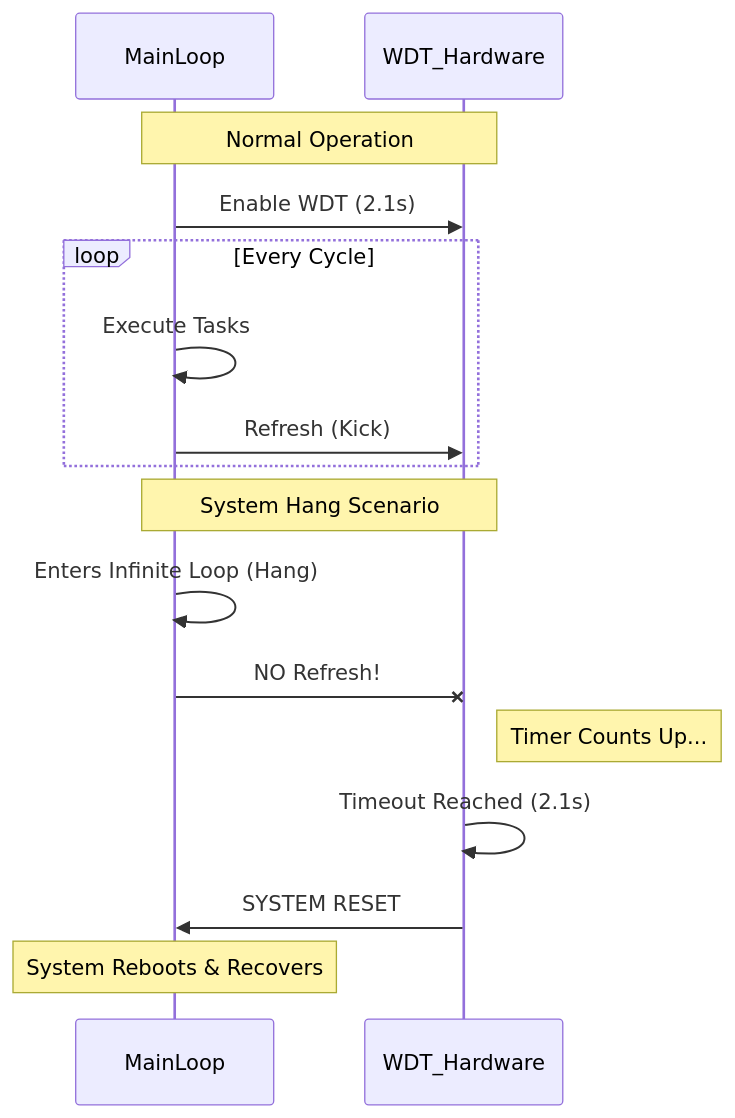
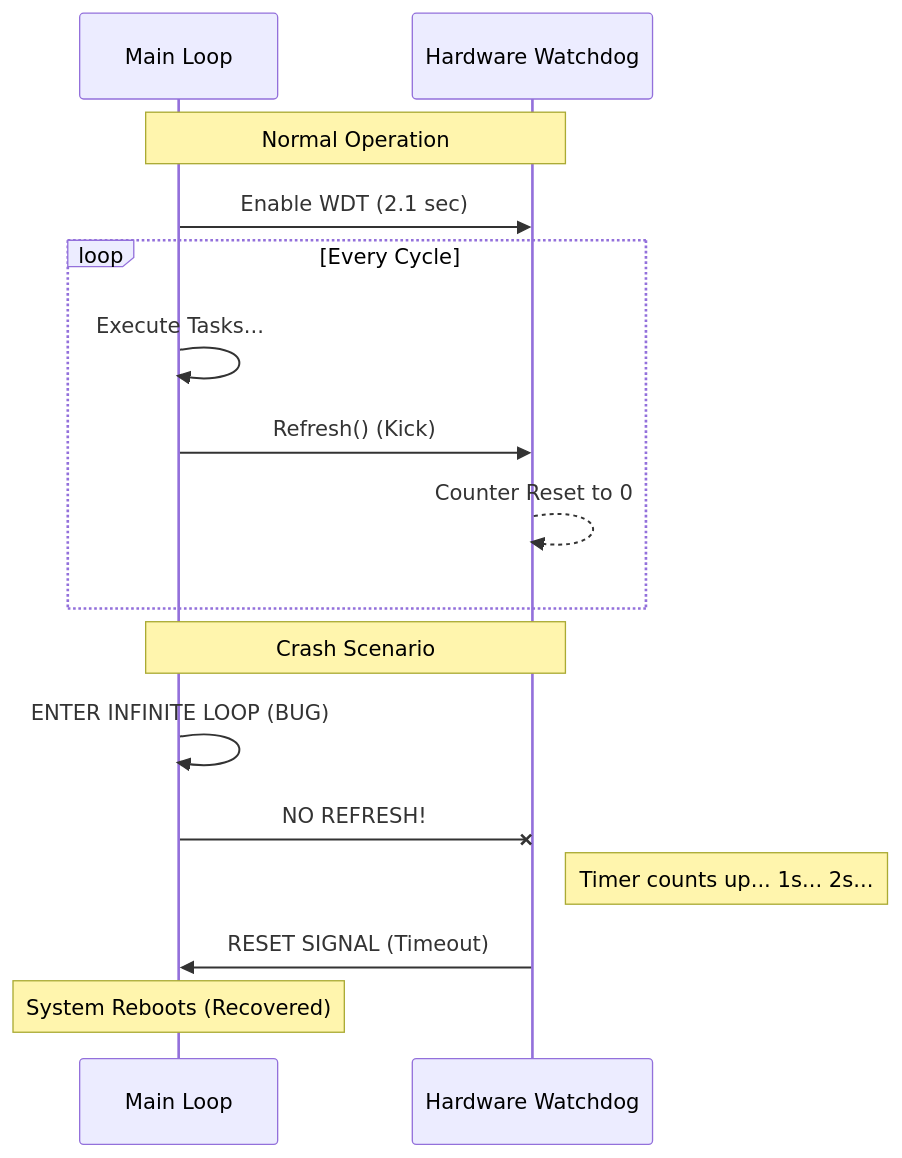
The diagram in Doc/Embedded/New/06_ImplementationDoc/Bugs/FixTasks/Task09_Implement_Watchdog_Timer.md (Gestell-Solution/Smart_Energy_Management_System), drawn with Mermaid before and after one commit. The commit also changed other lines of this file and 9 other files, not shown here.

Commit message:
Docs: Enhance FixTasks with detailed metadata, visual diagrams, and implementation plans

````diff
--- a/Doc/Embedded/New/06_ImplementationDoc/Bugs/FixTasks/Task09_Implement_Watchdog_Timer.md
+++ b/Doc/Embedded/New/06_ImplementationDoc/Bugs/FixTasks/Task09_Implement_Watchdog_Timer.md
@@ -46,20 +47,25 @@
 ```mermaid
 sequenceDiagram
-    participant MainLoop
-    participant WDT_Hardware
+    participant IDLE_LOOP as Main Loop
+    participant WDT as Hardware Watchdog
 
-    Note over MainLoop, WDT_Hardware: Normal Operation
-    MainLoop->>WDT_Hardware: Enable WDT (2.1s)
+    Note over IDLE_LOOP, WDT: Normal Operation
+
+    IDLE_LOOP->>WDT: Enable WDT (2.1 sec)
+
     loop Every Cycle
-        MainLoop->>MainLoop: Execute Tasks
-        MainLoop->>WDT_Hardware: Refresh (Kick)
+        IDLE_LOOP->>IDLE_LOOP: Execute Tasks...
+        IDLE_LOOP->>WDT: Refresh() (Kick)
+        WDT-->>WDT: Counter Reset to 0
     end
 
-    Note over MainLoop, WDT_Hardware: System Hang Scenario
-    MainLoop->>MainLoop: Enters Infinite Loop (Hang)
-    MainLoop-xWDT_Hardware: NO Refresh!
-    Note right of WDT_Hardware: Timer Counts Up...
-    WDT_Hardware->>WDT_Hardware: Timeout Reached (2.1s)
-    WDT_Hardware->>MainLoop: SYSTEM RESET
-    Note over MainLoop: System Reboots & Recovers
+    Note over IDLE_LOOP, WDT: Crash Scenario
+
+    IDLE_LOOP->>IDLE_LOOP: ENTER INFINITE LOOP (BUG)
+    IDLE_LOOP-xWDT: NO REFRESH!
+
+    Note right of WDT: Timer counts up... 1s... 2s...
+    WDT->>IDLE_LOOP: RESET SIGNAL (Timeout)
+
+    Note over IDLE_LOOP: System Reboots (Recovered)
 ```
````
